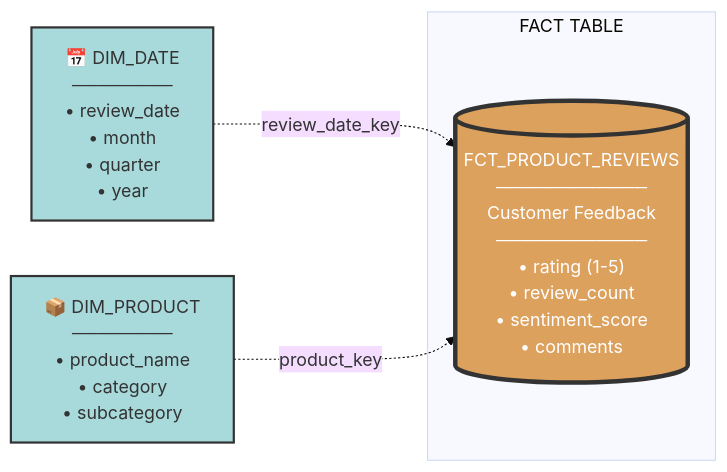
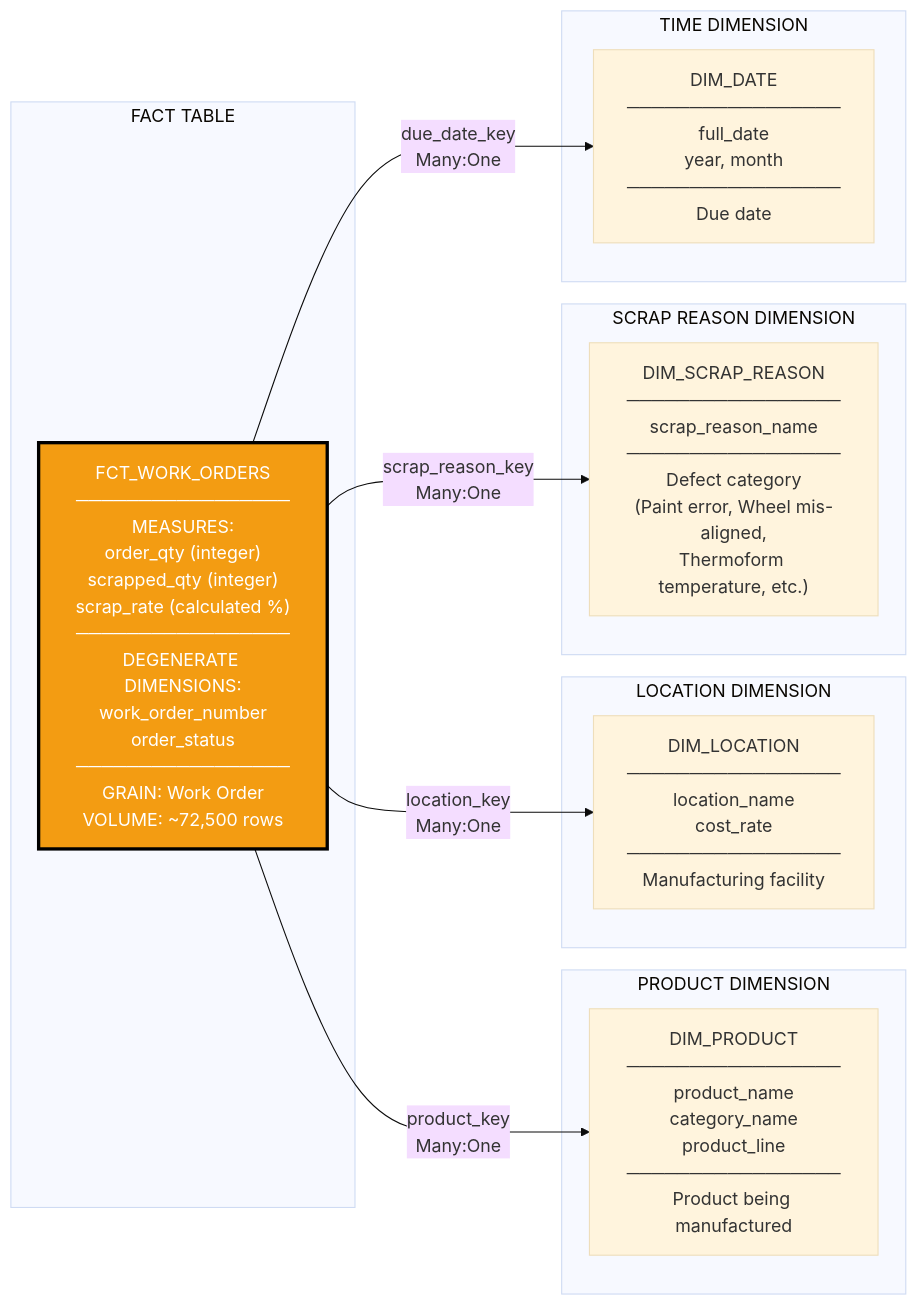
Before and after one commit to davidbryne66/hackathon: the sixth of 6 diagrams in phase_1/diagram.md, drawn with Mermaid (base theme). The commit also changed other lines of this file and 43 other files, not shown here.

````diff
--- a/phase_1/diagram.md
+++ b/phase_1/diagram.md
@@ -225,16 +406,29 @@
 ```mermaid
 graph LR
     subgraph "FACT TABLE"
-        REVIEW[("FCT_PRODUCT_REVIEWS<br/>────────────<br/>Customer Feedback<br/>────────────<br/>• rating (1-5)<br/>• review_count<br/>• sentiment_score<br/>• comments")]
+        WORK["FCT_WORK_ORDERS<br/>─────────────────<br/>MEASURES:<br/>order_qty (integer)<br/>scrapped_qty (integer)<br/>scrap_rate (calculated %)<br/>─────────────────<br/>DEGENERATE DIMENSIONS:<br/>work_order_number<br/>order_status<br/>─────────────────<br/>GRAIN: Work Order<br/>VOLUME: ~72,500 rows"]
     end
   
-    DATE["📅 DIM_DATE<br/>────────<br/>• review_date<br/>• month<br/>• quarter<br/>• year"]
-    PRODUCT["📦 DIM_PRODUCT<br/>────────<br/>• product_name<br/>• category<br/>• subcategory"]
+    subgraph "PRODUCT DIMENSION"
+        PROD["DIM_PRODUCT<br/>─────────────────<br/>product_name<br/>category_name<br/>product_line<br/>─────────────────<br/>Product being manufactured"]
+    end
   
-    DATE -.->|review_date_key| REVIEW
-    PRODUCT -.->|product_key| REVIEW
+    subgraph "LOCATION DIMENSION"
+        LOC["DIM_LOCATION<br/>─────────────────<br/>location_name<br/>cost_rate<br/>─────────────────<br/>Manufacturing facility"]
+    end
   
-    style REVIEW fill:#dda15e,stroke:#333,stroke-width:4px,color:#fff
-    style DATE fill:#a8dadc,stroke:#333,stroke-width:2px
-    style PRODUCT fill:#a8dadc,stroke:#333,stroke-width:2px
+    subgraph "SCRAP REASON DIMENSION"
+        SCRAP["DIM_SCRAP_REASON<br/>─────────────────<br/>scrap_reason_name<br/>─────────────────<br/>Defect category<br/>(Paint error, Wheel mis-aligned,<br/>Thermoform temperature, etc.)"]
+    end
+  
+    subgraph "TIME DIMENSION"
+        DATE["DIM_DATE<br/>─────────────────<br/>full_date<br/>year, month<br/>─────────────────<br/>Due date"]
+    end
+  
+    WORK -->|product_key<br/>Many:One| PROD
+    WORK -->|location_key<br/>Many:One| LOC
+    WORK -->|scrap_reason_key<br/>Many:One| SCRAP
+    WORK -->|due_date_key<br/>Many:One| DATE
+  
+    style WORK fill:#f39c12,stroke:#000,stroke-width:3px,color:#fff
 ```
````
